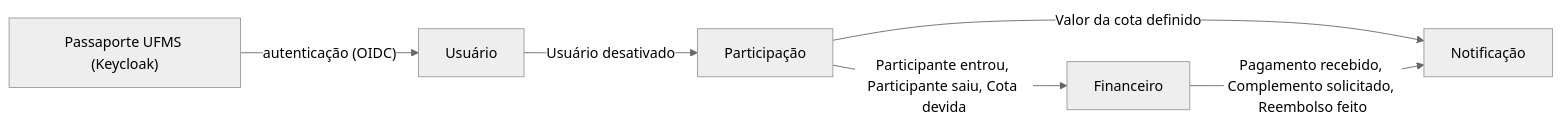
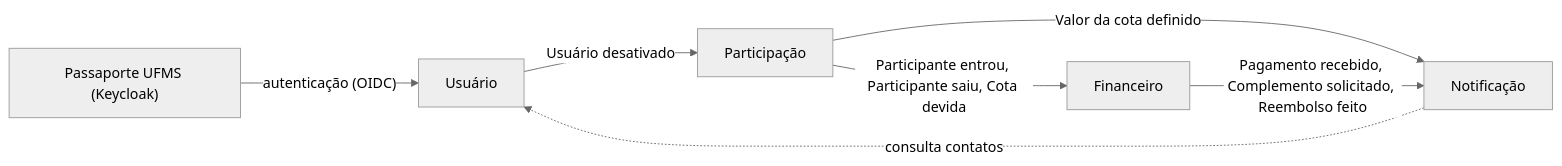
Before and after one commit to hsborges/facoffee-app: the seventh of 7 diagrams in docs/MODELOS_DOMINIO.md, drawn with Mermaid. The commit also changed other lines of this file and 1 other file, not shown here.

Commit message:
docs(adr): detalha proteções do envio e consulta de contatos no modelo de domínio

````diff
--- a/docs/MODELOS_DOMINIO.md
+++ b/docs/MODELOS_DOMINIO.md
@@ -245,10 +245,11 @@
 ```mermaid
 %%{init: {"theme": "neutral"}}%%
 flowchart LR
 
     PU["Passaporte UFMS (Keycloak)"] -- "autenticação (OIDC)" --> U["Usuário"]
     U -- "Usuário desativado" --> P["Participação"]
     P -- "Participante entrou, Participante saiu, Cota devida" --> F["Financeiro"]
     P -- "Valor da cota definido" --> N["Notificação"]
     F -- "Pagamento recebido, Complemento solicitado, Reembolso feito" --> N
+    N -. "consulta contatos" .-> U
 ```
````
